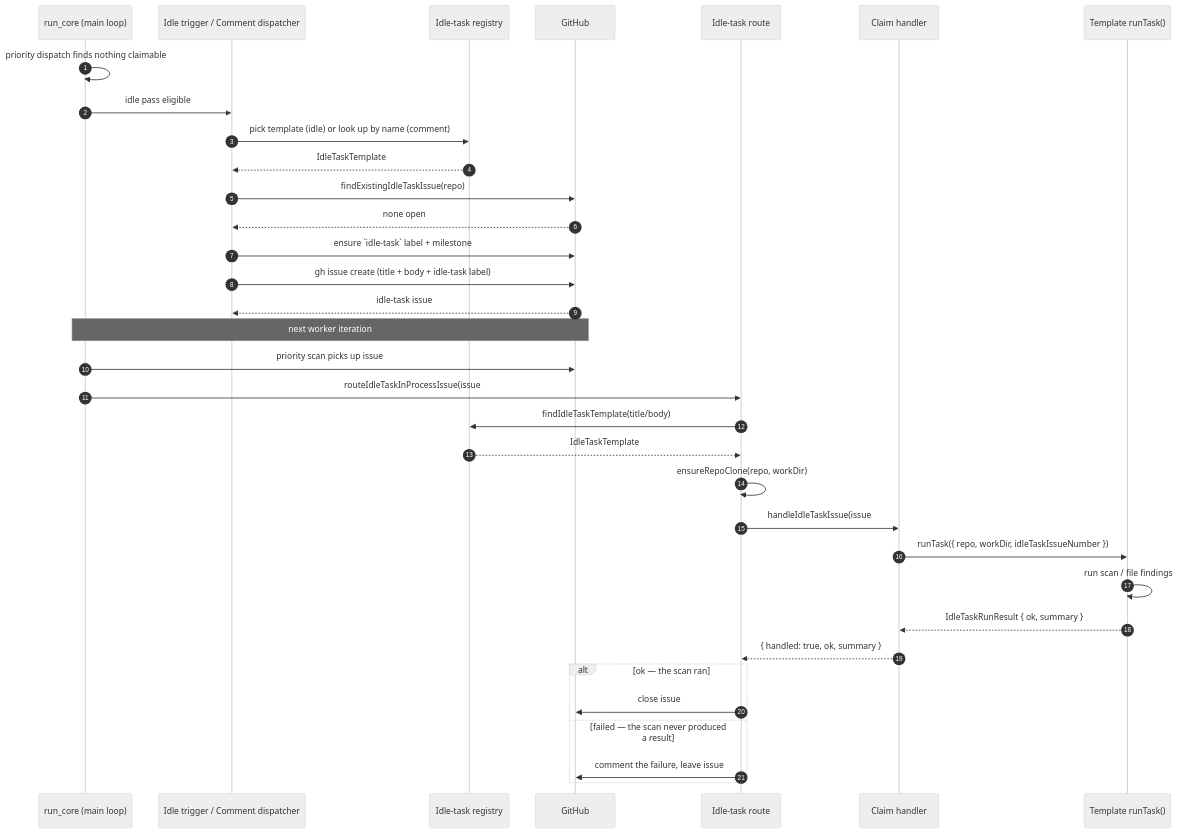
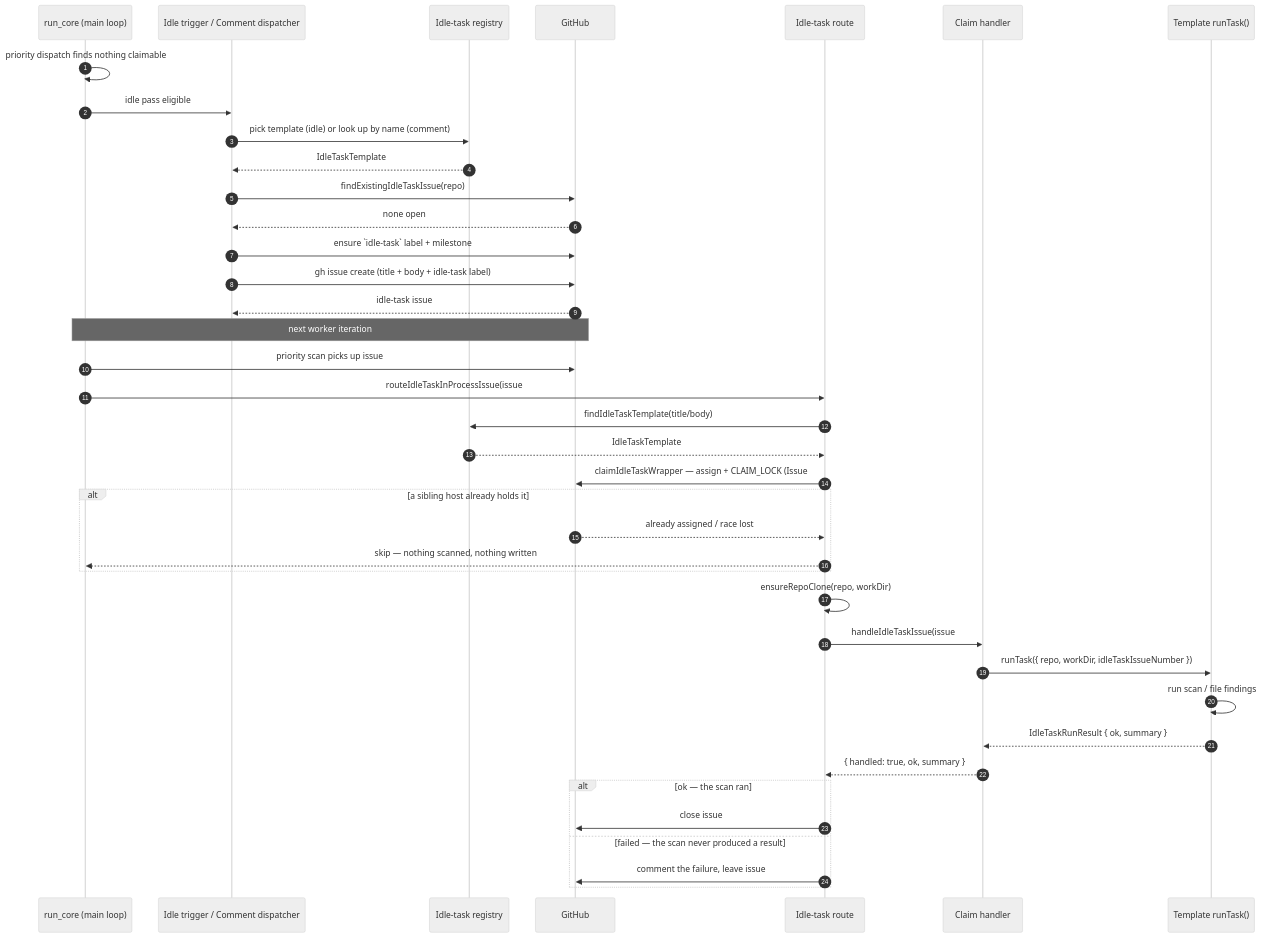
One commit to stSoftwareAU/VibeCoder changed the first of 17 diagrams in docs/IDLE-TASK-FRAMEWORK.md. Above: the diagram before and after it, drawn with Mermaid (neutral theme). The commit also changed other lines of this file and 5 other files, not shown here.

First line of the commit message:
fix: claim the idle-task wrapper before the scan (Issue #1139)

````diff
--- a/docs/IDLE-TASK-FRAMEWORK.md
+++ b/docs/IDLE-TASK-FRAMEWORK.md
@@ -47,37 +47,42 @@
 ```mermaid
 sequenceDiagram
     autonumber
     participant Main as run_core (main loop)
     participant Trigger as Idle trigger / Comment dispatcher
     participant Registry as Idle-task registry
     participant GH as GitHub
     participant Route as Idle-task route
     participant Claim as Claim handler
     participant Runner as Template runTask()
 
     Main->>Main: priority dispatch finds nothing claimable
     Main->>Trigger: idle pass eligible
     Trigger->>Registry: pick template (idle) or look up by name (comment)
     Registry-->>Trigger: IdleTaskTemplate
     Trigger->>GH: findExistingIdleTaskIssue(repo)
     GH-->>Trigger: none open
     Trigger->>GH: ensure `idle-task` label + milestone
     Trigger->>GH: gh issue create (title + body + idle-task label)
     GH-->>Trigger: idle-task issue #N
     Note over Main,GH: next worker iteration
     Main->>GH: priority scan picks up issue #N
     Main->>Route: routeIdleTaskInProcessIssue(issue #N)
     Route->>Registry: findIdleTaskTemplate(title/body)
     Registry-->>Route: IdleTaskTemplate
+    Route->>GH: claimIdleTaskWrapper — assign + CLAIM_LOCK (Issue #1139)
+    alt a sibling host already holds it
+        GH-->>Route: already assigned / race lost
+        Route-->>Main: skip — nothing scanned, nothing written
+    end
     Route->>Route: ensureRepoClone(repo, workDir)
     Route->>Claim: handleIdleTaskIssue(issue #N)
     Claim->>Runner: runTask({ repo, workDir, idleTaskIssueNumber })
     Runner->>Runner: run scan / file findings
     Runner-->>Claim: IdleTaskRunResult { ok, summary }
     Claim-->>Route: { handled: true, ok, summary }
     alt ok — the scan ran
         Route->>GH: close issue #N with the summary
     else failed — the scan never produced a result
         Route->>GH: comment the failure, leave issue #N OPEN
     end
 ```
````
